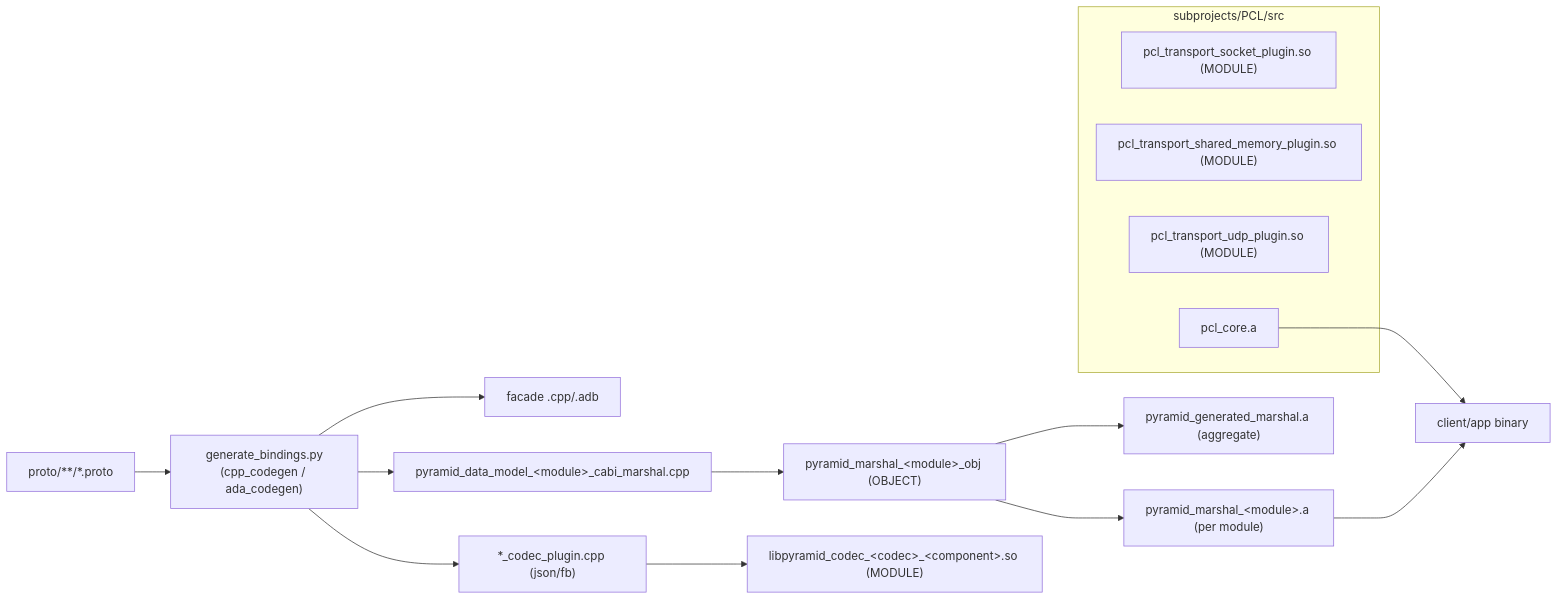
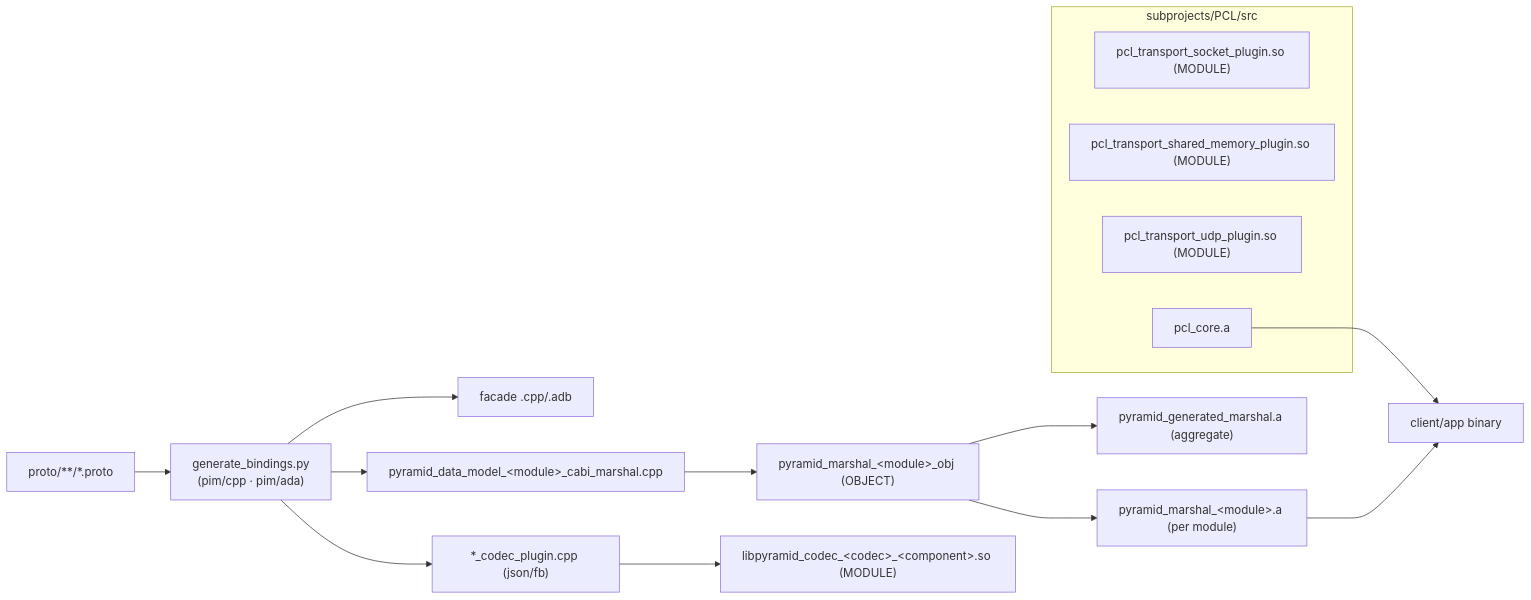
Before and after one commit to Ackoogin/mujin: the third of 4 diagrams in subprojects/PYRAMID/doc/architecture/transport_codec_plugin_system.md, drawn with Mermaid. The commit also changed 8 other files, not shown here.

First line of the commit message:
PYRAMID C4: delete the cpp_codegen.py / ada_codegen.py re-export shims

````diff
--- a/subprojects/PYRAMID/doc/architecture/transport_codec_plugin_system.md
+++ b/subprojects/PYRAMID/doc/architecture/transport_codec_plugin_system.md
@@ -216,23 +216,23 @@
 ```mermaid
 flowchart LR
-  Proto["proto/**/*.proto"] --> Gen["generate_bindings.py<br/>(cpp_codegen / ada_codegen)"]
+  Proto["proto/**/*.proto"] --> Gen["generate_bindings.py<br/>(pim/cpp · pim/ada)"]
   Gen --> Facade["facade .cpp/.adb"]
   Gen --> MarshalSrc["pyramid_data_model_&lt;module&gt;_cabi_marshal.cpp"]
   Gen --> CodecSrc["*_codec_plugin.cpp (json/fb)"]
 
   MarshalSrc --> MObj["pyramid_marshal_&lt;module&gt;_obj (OBJECT)"]
   MObj --> MLib["pyramid_marshal_&lt;module&gt;.a (per module)"]
   MObj --> Agg["pyramid_generated_marshal.a (aggregate)"]
 
   CodecSrc --> CodecMod["libpyramid_codec_&lt;codec&gt;_&lt;component&gt;.so (MODULE)"]
 
   subgraph PCL["subprojects/PCL/src"]
     Sock["pcl_transport_socket_plugin.so (MODULE)"]
     Shm["pcl_transport_shared_memory_plugin.so (MODULE)"]
     Udp["pcl_transport_udp_plugin.so (MODULE)"]
     Core["pcl_core.a"]
   end
 
   Core --> ClientBin["client/app binary"]
   MLib --> ClientBin
 ```
````
